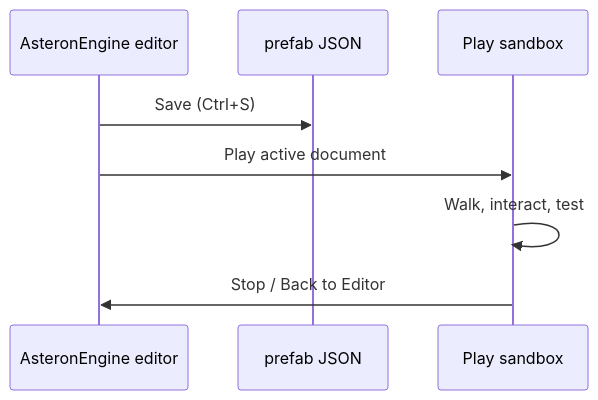
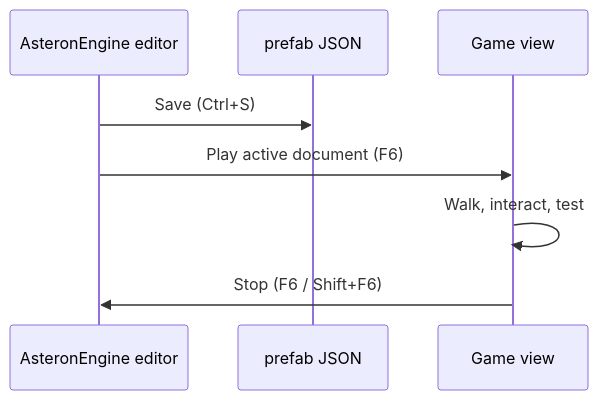
The diagram in docs/docs/editor/preview-and-playtest.md (AlanGreyjoy/claudecitizen), drawn with Mermaid before and after one commit. The commit also changed other lines of this file and 167 other files, not shown here.

````diff
--- a/docs/docs/editor/preview-and-playtest.md
+++ b/docs/docs/editor/preview-and-playtest.md
@@ -117,11 +95,11 @@
 ```mermaid
 sequenceDiagram
   participant Ed as AsteronEngine editor
   participant Disk as prefab JSON
-  participant Play as Play sandbox
+  participant Play as Game view
 
   Ed->>Disk: Save (Ctrl+S)
-  Ed->>Play: Play active document
+  Ed->>Play: Play active document (F6)
   Play->>Play: Walk, interact, test
-  Play->>Ed: Stop / Back to Editor
+  Play->>Ed: Stop (F6 / Shift+F6)
 ```
````
